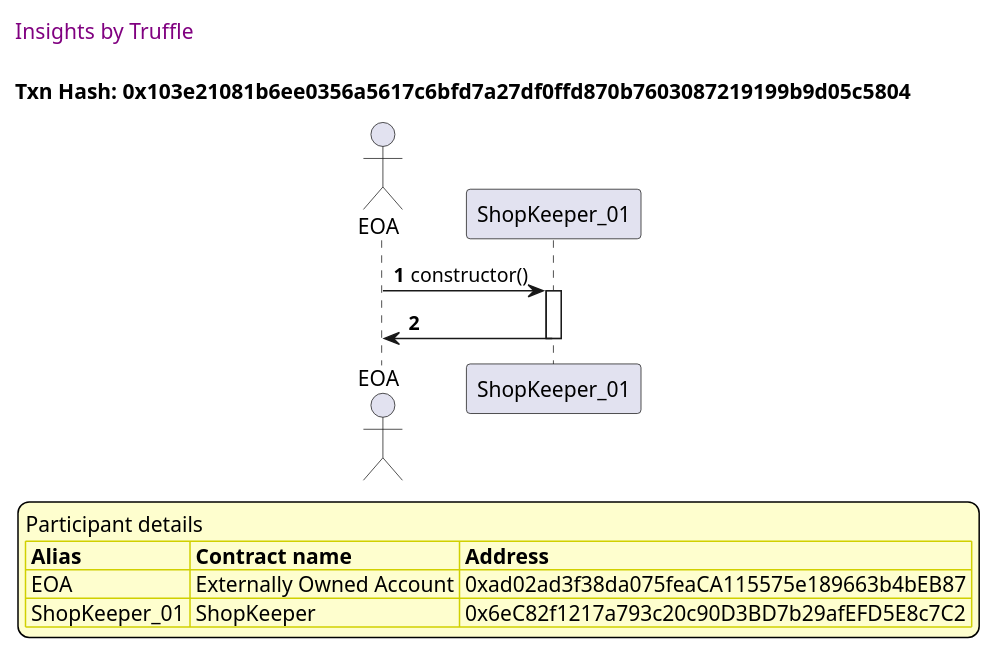
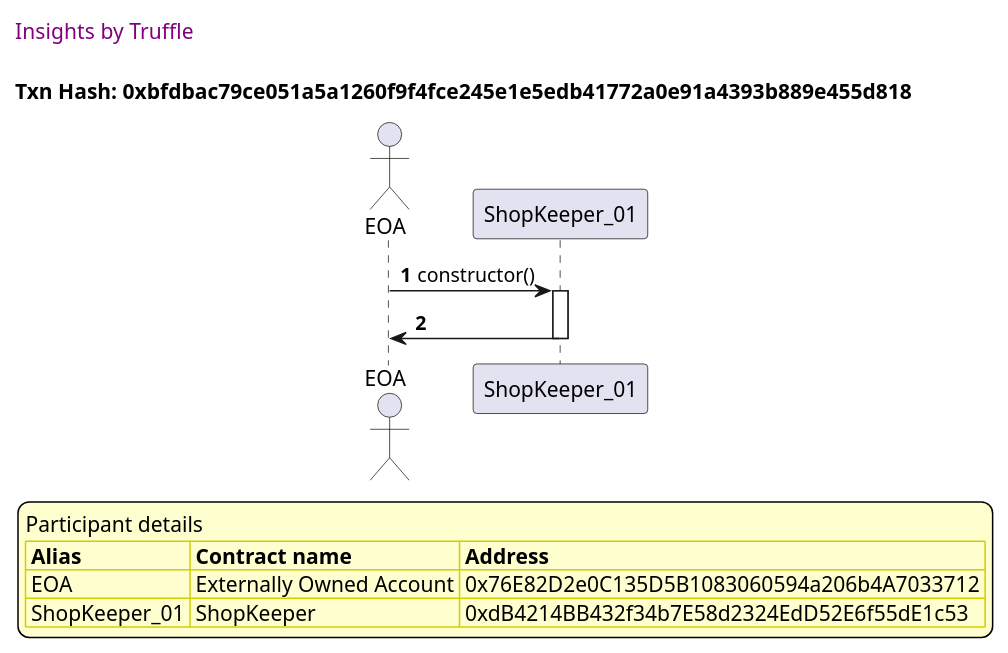
Before and after one commit to thedarkjester/ConsensysAssignment: the first of 10 diagrams in truffle-seq/Shop_test_shopkeeper_add_shop.md, drawn with PlantUML. The commit also changed other lines of this file and 13 other files, not shown here.

````diff
--- a/truffle-seq/Shop_test_shopkeeper_add_shop.md
+++ b/truffle-seq/Shop_test_shopkeeper_add_shop.md
@@ -13,37 +13,37 @@
 ```plantuml
 
 
 @startuml
 
 autonumber
 skinparam legendBackgroundColor #FEFECE
 
 <style>
       header {
         HorizontalAlignment left
         FontColor purple
         FontSize 14
         Padding 10
       }
     </style>
 
 header Insights by Truffle
 
-title Txn Hash: 0x103e21081b6ee0356a5617c6bfd7a27df0ffd870b7603087219199b9d05c5804
+title Txn Hash: 0xbfdbac79ce051a5a1260f9f4fce245e1e5edb41772a0e91a4393b889e455d818
 
 
 actor EOA as "EOA"
 participant ShopKeeper_01 as "ShopKeeper_01"
 
 "EOA" -> "ShopKeeper_01" ++: constructor()
 "ShopKeeper_01" -> "EOA" --: 
 
 legend
 Participant details
 <#FEFECE,#D0D000>|= Alias |= Contract name |= Address |
-<#FEFECE>| EOA | Externally Owned Account | 0xad02ad3f38da075feaCA115575e189663b4bEB87 |
-<#FEFECE>| ShopKeeper_01 | ShopKeeper | 0x6eC82f1217a793c20c90D3BD7b29afEFD5E8c7C2 |
+<#FEFECE>| EOA | Externally Owned Account | 0x76E82D2e0C135D5B1083060594a206b4A7033712 |
+<#FEFECE>| ShopKeeper_01 | ShopKeeper | 0xdB4214BB432f34b7E58d2324EdD52E6f55dE1c53 |
 endlegend
 
 @enduml
 ```
````
